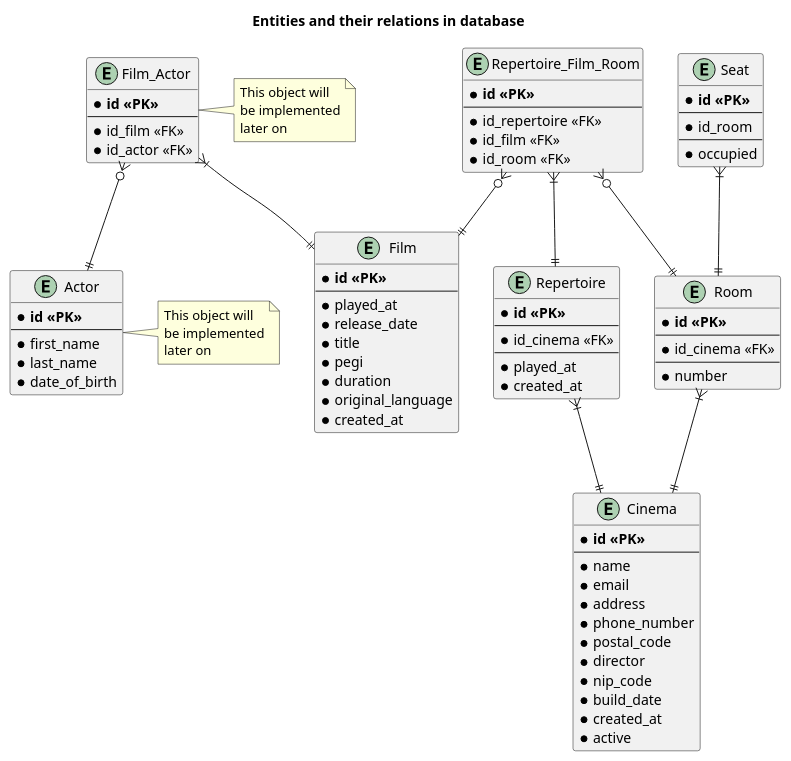
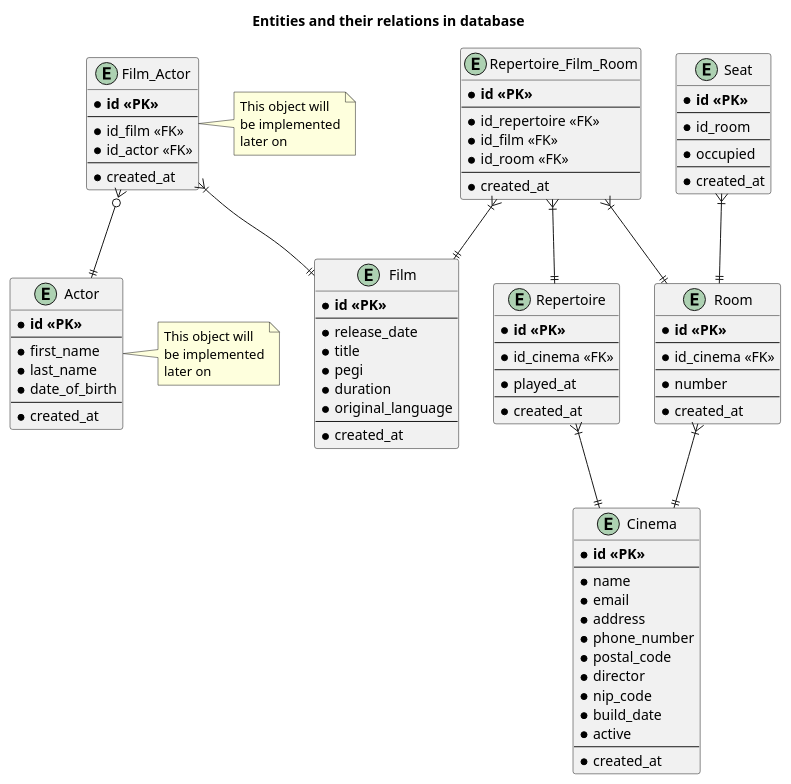
The diagram in documentation/database/db_relations.puml (Matiar15/cinema-gateway), drawn with PlantUML before and after one commit. The commit also changed 19 other files, not shown here.

```diff
--- a/documentation/database/db_relations.puml
+++ b/documentation/database/db_relations.puml
@@ -1,85 +1,97 @@
 @startuml
 title Entities and their relations in database
 
 entity Cinema {
     * **id <<PK>>**
     --
     * name
     * email
     * address
     * phone_number
     * postal_code
     * director
     * nip_code
     * build_date
+    * active
+    --
     * created_at
-    * active
 }
 
 entity Repertoire {
     * **id <<PK>>**
     --
     * id_cinema <<FK>>
     --
     * played_at
+    --
     * created_at
 }
 
 entity Film {
     * **id <<PK>>**
     --
-    * played_at
     * release_date
     * title
     * pegi
     * duration
     * original_language
+    --
     * created_at
 }
 
 entity Repertoire_Film_Room {
     * **id <<PK>>**
     --
     * id_repertoire <<FK>>
     * id_film <<FK>>
     * id_room <<FK>>
+    --
+    * created_at
 }
 entity Room {
     * **id <<PK>>**
     --
     * id_cinema <<FK>>
     --
     * number
+    --
+    * created_at
 }
 entity Seat {
     * **id <<PK>>**
     --
     * id_room
     --
     * occupied
+    --
+    * created_at
 }
 
 entity Film_Actor {
     * **id <<PK>>**
     --
     * id_film <<FK>>
     * id_actor <<FK>>
+    --
+    * created_at
 }
 note right: This object will\nbe implemented\nlater on
 entity Actor {
     * **id <<PK>>**
     --
     * first_name
     * last_name
     * date_of_birth
+    --
+    * created_at
 }
 note right: This object will\nbe implemented\nlater on
 Repertoire      }|--|| Cinema
-Repertoire_Film_Room }o--|| Film
+Repertoire_Film_Room }|--|| Film
 Repertoire_Film_Room }|--|| Repertoire
+Repertoire_Film_Room }|--|| Room
 Seat            }|--|| Room
 Film_Actor      }|--|| Film
 Film_Actor      }o--|| Actor
 Room            }|--|| Cinema
-Repertoire_Film_Room }o--|| Room
 @enduml
```
